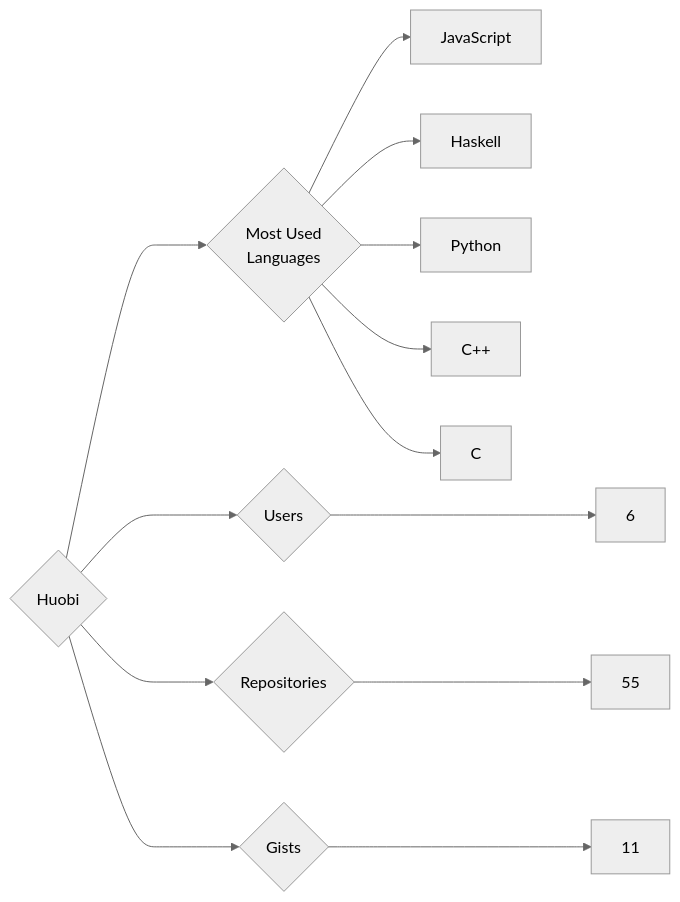
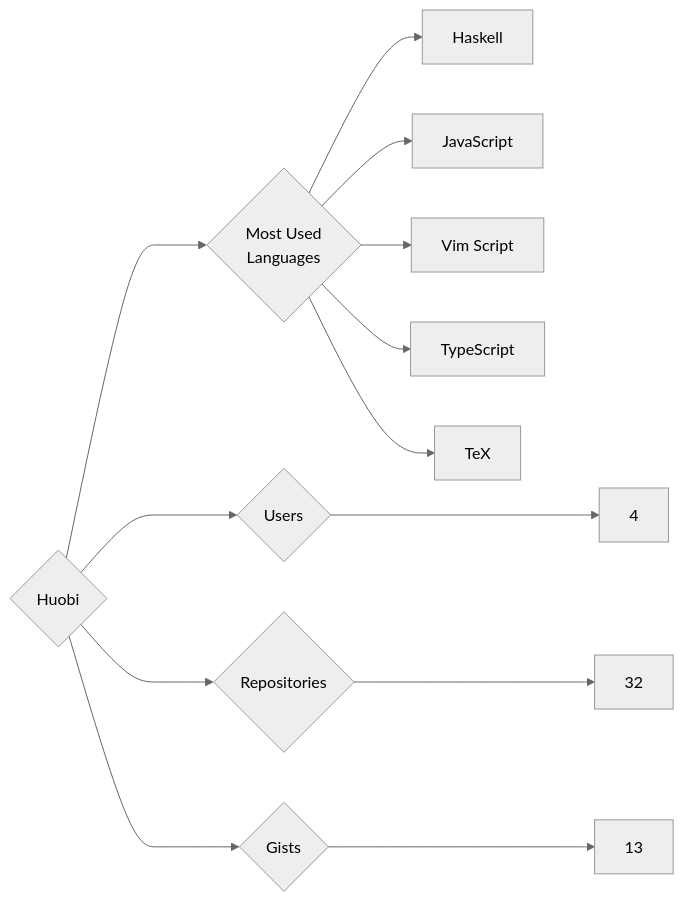
One commit to trickest/insiders changed the diagram in targets/Huobi/README.md. Above: the diagram before and after it, drawn with Mermaid (neutral theme). The commit also changed 880 other files, not shown here.

````diff
--- a/targets/Huobi/README.md
+++ b/targets/Huobi/README.md
@@ -3,13 +3,13 @@
 ```mermaid
 graph LR
 COMPANY_NAME{Huobi}
-COMPANY_NAME ---> U{Users} ---> UN[6]
-COMPANY_NAME ---> R{Repositories} ---> RN[55]
-COMPANY_NAME ---> G{Gists} ---> GN[11]
+COMPANY_NAME ---> U{Users} ---> UN[4]
+COMPANY_NAME ---> R{Repositories} ---> RN[32]
+COMPANY_NAME ---> G{Gists} ---> GN[13]
 COMPANY_NAME ---> ML{Most Used<br>Languages}
+ML --> Haskell[Haskell]
 ML --> JavaScript[JavaScript]
-ML --> Haskell[Haskell]
-ML --> Python[Python]
-ML --> C++[C++]
-ML --> C[C]
+ML --> Vim_Script[Vim Script]
+ML --> TypeScript[TypeScript]
+ML --> TeX[TeX]
 ```
````
